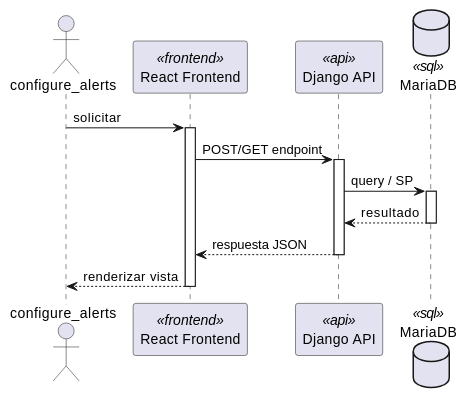
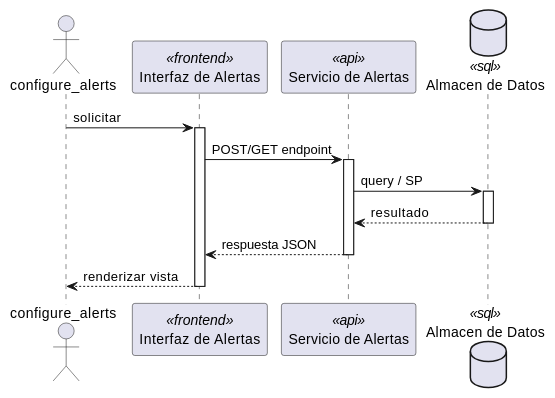
The first of 2 diagrams in source/arquitectura-tecnica/DesignView/alr-01.rst (jcg-admin/IACT-docs), drawn with PlantUML before and after one commit. The commit also changed other lines of this file and 243 other files, not shown here.

First line of the commit message:
Add missing diagrams and fix participant names across Kruchten views

```diff
--- a/source/arquitectura-tecnica/DesignView/alr-01.rst
+++ b/source/arquitectura-tecnica/DesignView/alr-01.rst
@@ -22,28 +22,28 @@
 .. uml::
  :caption: UC_ALR_01 — Design View (secuencia)
 
  @startuml
 
  actor "configure_alerts" as configure_alerts
- participant "React Frontend" as Frontend <<frontend>>
- participant "Django API" as APIServer <<api>>
- database "MariaDB" as BaseDatos <<sql>>
+ participant "Interfaz de Alertas" as Iface <<frontend>>
+ participant "Servicio de Alertas" as SvcNode <<api>>
+ database "Almacen de Datos" as Store <<sql>>
 
- configure_alerts -> Frontend : solicitar
- activate Frontend
+ configure_alerts -> Iface : solicitar
+ activate Iface
 
- Frontend -> APIServer : POST/GET endpoint
- activate APIServer
+ Iface -> SvcNode : POST/GET endpoint
+ activate SvcNode
 
- APIServer -> BaseDatos : query / SP
- activate BaseDatos
- BaseDatos --> APIServer : resultado
- deactivate BaseDatos
+ SvcNode -> Store : query / SP
+ activate Store
+ Store --> SvcNode : resultado
+ deactivate Store
 
- APIServer --> Frontend : respuesta JSON
- deactivate APIServer
+ SvcNode --> Iface : respuesta JSON
+ deactivate SvcNode
 
- Frontend --> configure_alerts : renderizar vista
- deactivate Frontend
+ Iface --> configure_alerts : renderizar vista
+ deactivate Iface
 
  @enduml
```
